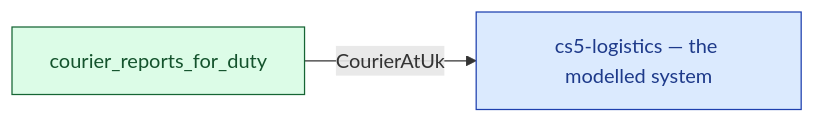
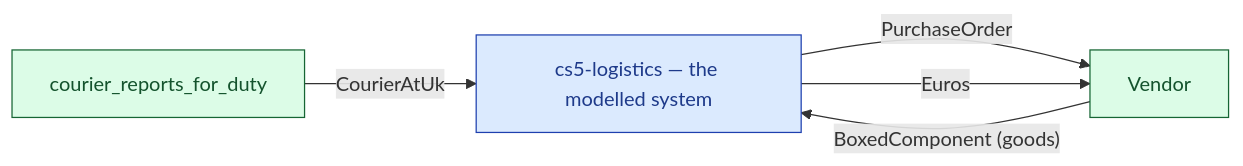
One commit to twalmsley/lavoisier changed the diagram in docs/diagrams/cs5-logistics/context.md. Above: the diagram before and after it, drawn with Mermaid. The commit also changed other lines of this file and 202 other files, not shown here.

````diff
--- a/docs/diagrams/cs5-logistics/context.md
+++ b/docs/diagrams/cs5-logistics/context.md
@@ -7,17 +7,22 @@
 ```mermaid
 flowchart LR
   classDef process fill:#dbeafe,stroke:#1e40af,color:#1e3a8a;
   classDef boundary fill:#dcfce7,stroke:#166534,color:#14532d;
   classDef sink fill:#fee2e2,stroke:#991b1b,color:#7f1d1d;
   classDef helper fill:#f3e8ff,stroke:#6b21a8,color:#581c87;
   classDef grouping fill:#ffedd5,stroke:#9a3412,color:#7c2d12;
   classDef flowio fill:#e2e8f0,stroke:#334155,color:#0f172a;
   classDef resource fill:#fef9c3,stroke:#854d0e,color:#713f12;
   classDef external fill:#dcfce7,stroke:#166534,color:#14532d;
   classDef system fill:#dbeafe,stroke:#1e40af,color:#1e3a8a;
   n_system["cs5-logistics — the modelled system"]:::system
   n_courier_reports_for_duty["courier_reports_for_duty"]:::external
+  n_Vendor["Vendor"]:::external
   n_courier_reports_for_duty -- "CourierAtUk" --> n_system
+  n_system -- "PurchaseOrder" --> n_Vendor
+  n_system -- "Euros" --> n_Vendor
+  n_Vendor -- "BoxedComponent (goods)" --> n_system
   click n_system "https://github.com/twalmsley/lavoisier/blob/main/model/cs5-logistics/src/lib.rs#L1" "model/cs5-logistics/src/lib.rs"
   click n_courier_reports_for_duty "https://github.com/twalmsley/lavoisier/blob/main/model/cs5-logistics/src/resources.rs#L103" "model/cs5-logistics/src/resources.rs"
+  click n_Vendor "https://github.com/twalmsley/lavoisier/blob/main/model/cs5-supply/src/resources.rs#L237" "model/cs5-supply/src/resources.rs"
 ```
````
